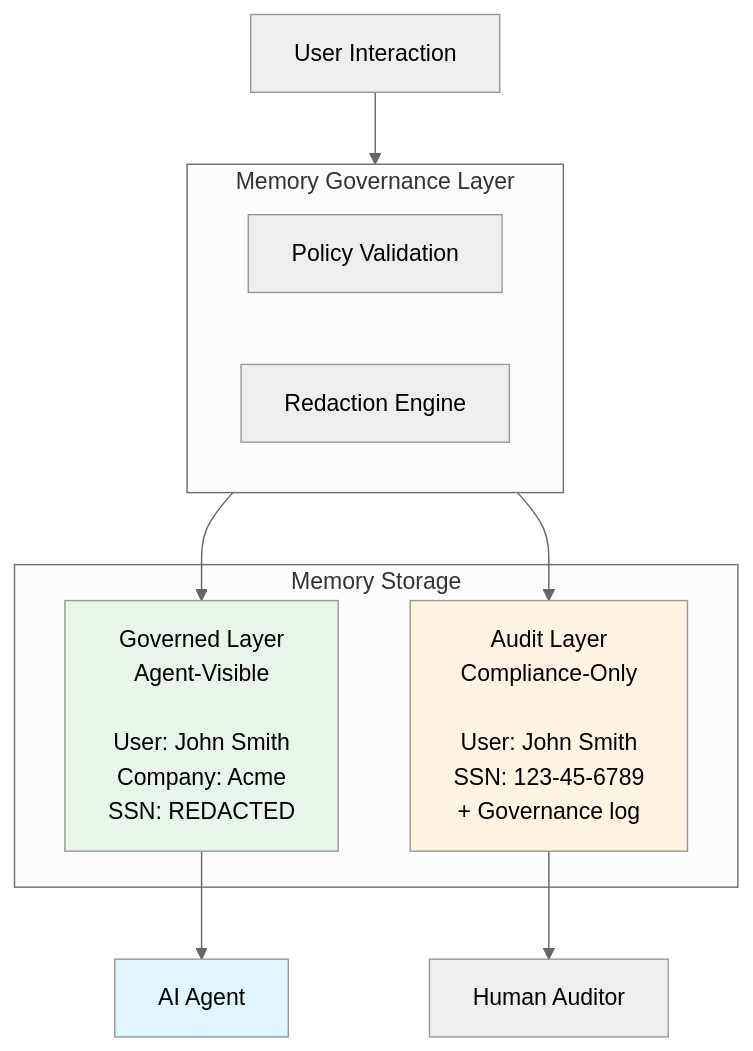
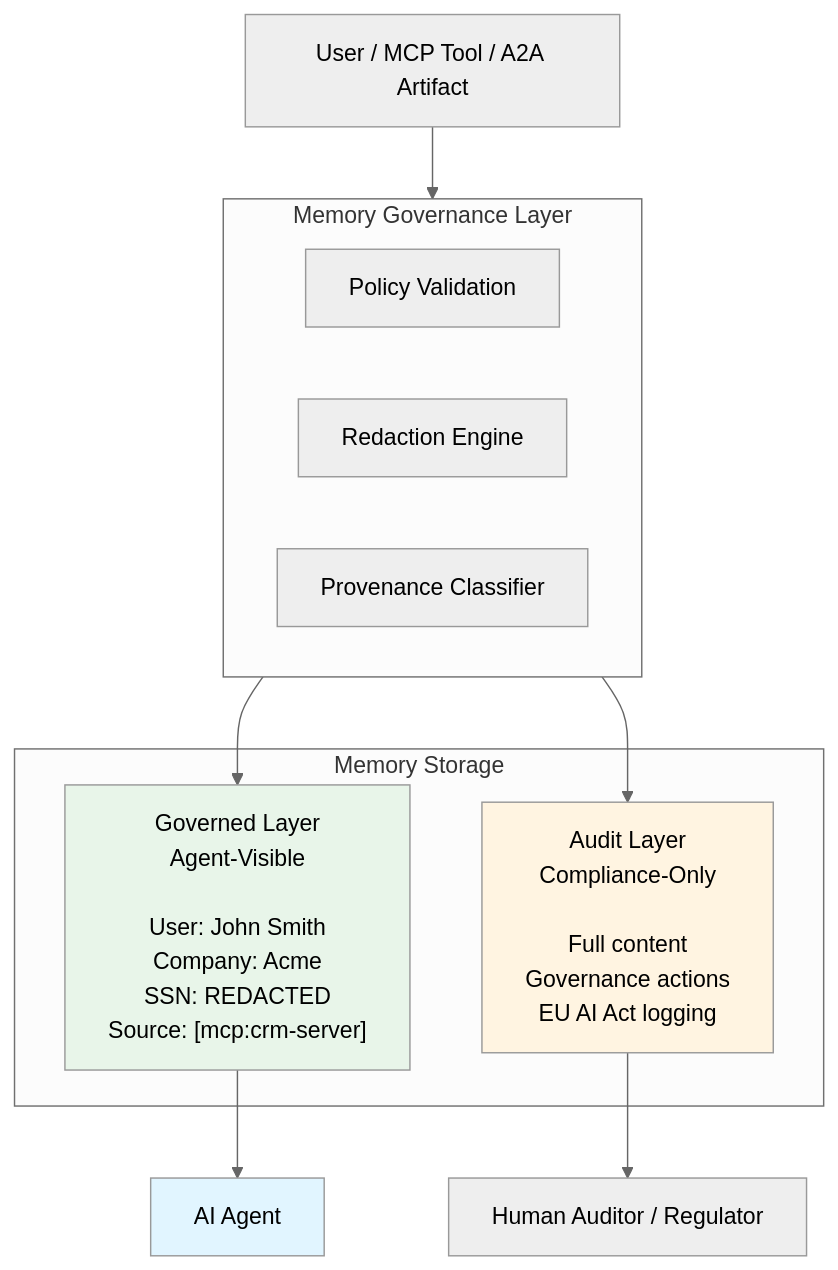
One commit to MihaiCiprianChezan/Constitutional-memory-for-AI-agents changed the fourth of 4 diagrams in README.md. Above: the diagram before and after it, drawn with Mermaid (neutral theme). The commit also changed other lines of this file, not shown here.

Commit message:
Implement feature X to enhance user experience and optimize performance

````diff
--- a/README.md
+++ b/README.md
@@ -1276,27 +1271,28 @@
 ```mermaid
 graph TB
-    Input[User Interaction]
+    Input[User / MCP Tool / A2A Artifact]
     
     subgraph Governance["Memory Governance Layer"]
         Policy[Policy Validation]
         Redact[Redaction Engine]
+        Prov[Provenance Classifier]
     end
     
     subgraph Storage["Memory Storage"]
-        Gov["Governed Layer<br/>Agent-Visible<br/><br/>User: John Smith<br/>Company: Acme<br/>SSN: REDACTED"]
-        Audit["Audit Layer<br/>Compliance-Only<br/><br/>User: John Smith<br/>SSN: 123-45-6789<br/>+ Governance log"]
+        Gov["Governed Layer<br/>Agent-Visible<br/><br/>User: John Smith<br/>Company: Acme<br/>SSN: REDACTED<br/>Source: [mcp:crm-server]"]
+        Audit["Audit Layer<br/>Compliance-Only<br/><br/>Full content<br/>Governance actions<br/>EU AI Act logging"]
     end
     
     Agent[AI Agent]
-    Auditor[Human Auditor]
+    Auditor[Human Auditor / Regulator]
     
     Input --> Governance
     Governance --> Gov
     Governance --> Audit
     Gov --> Agent
     Audit --> Auditor
     
     style Gov fill:#e8f5e9
     style Audit fill:#fff4e1
     style Agent fill:#e1f5ff
 ```
````
